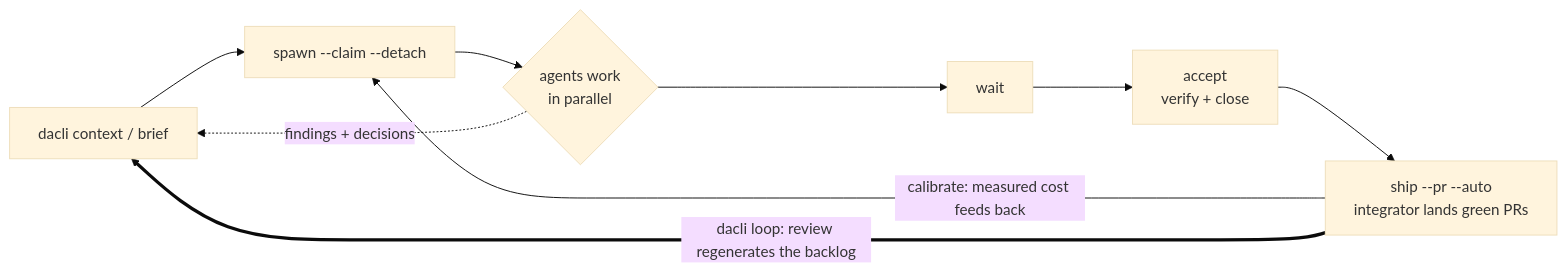
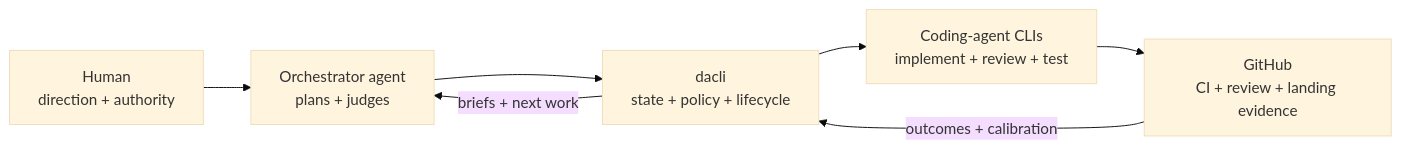
One commit to mlnomadpy/dacli changed the diagram in README.md. Above: the diagram before and after it, drawn with Mermaid (base theme). The commit also changed other lines of this file and 3 other files, not shown here.

````diff
--- a/README.md
+++ b/README.md
@@ -30,11 +41,9 @@
 ```mermaid
 flowchart LR
-  A[dacli context / brief] --> B[spawn --claim --detach]
-  B --> C{agents work<br/>in parallel}
-  C --> D[wait]
-  D --> E[accept<br/>verify + close]
-  E --> F[ship --pr --auto<br/>integrator lands green PRs]
-  F -->|calibrate: measured cost feeds back| B
-  C -.->|findings + decisions| A
-  F ==>|dacli loop: review regenerates the backlog| A
+  H[Human<br/>direction + authority] --> O[Orchestrator agent<br/>plans + judges]
+  O --> D[dacli<br/>state + policy + lifecycle]
+  D --> C[Coding-agent CLIs<br/>implement + review + test]
+  C --> G[GitHub<br/>CI + review + landing evidence]
+  G -->|outcomes + calibration| D
+  D -->|briefs + next work| O
 ```
````
